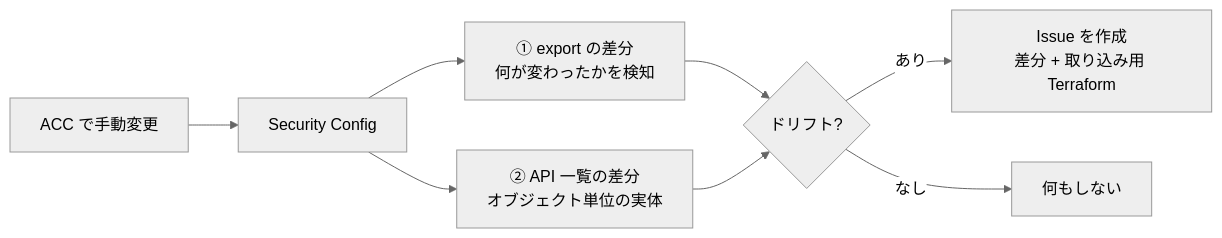
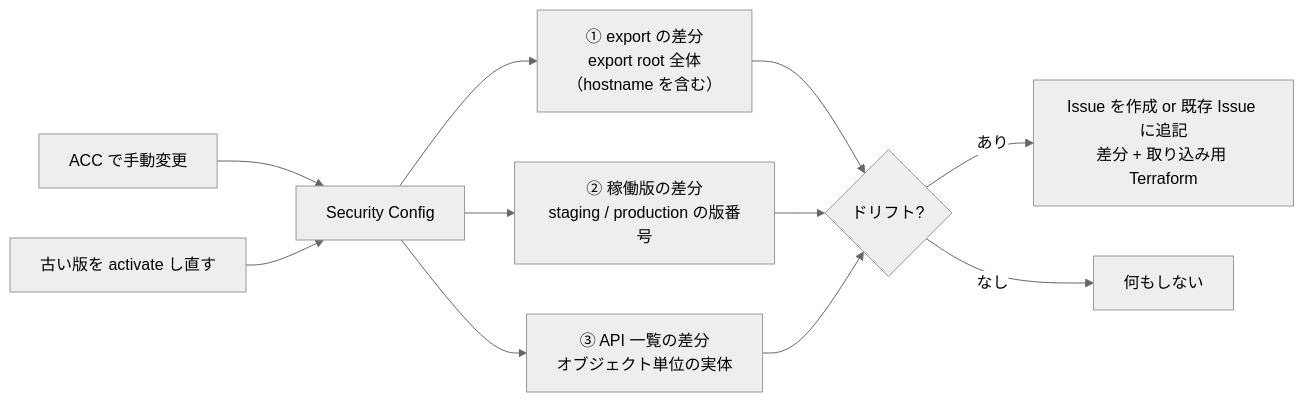
The diagram in README.md (isss802/appsec-driftguard-template), drawn with Mermaid (neutral theme) before and after one commit. The commit also changed other lines of this file and 6 other files, not shown here.

````diff
--- a/README.md
+++ b/README.md
@@ -19,10 +19,13 @@
 ```mermaid
 flowchart LR
   ACC[ACC で手動変更] --> CFG[Security Config]
-  CFG --> D1[① export の差分<br/>何が変わったかを検知]
-  CFG --> D2[② API 一覧の差分<br/>オブジェクト単位の実体]
+  ACT[古い版を activate し直す] --> CFG
+  CFG --> D1["① export の差分<br/>export root 全体<br/>（hostname を含む）"]
+  CFG --> D2["② 稼働版の差分<br/>staging / production の版番号"]
+  CFG --> D3["③ API 一覧の差分<br/>オブジェクト単位の実体"]
   D1 --> J{ドリフト?}
   D2 --> J
-  J -- あり --> ISSUE[Issue を作成<br/>差分 + 取り込み用 Terraform]
+  D3 --> J
+  J -- あり --> ISSUE[Issue を作成 or 既存 Issue に追記<br/>差分 + 取り込み用 Terraform]
   J -- なし --> NOOP[何もしない]
 ```
````
